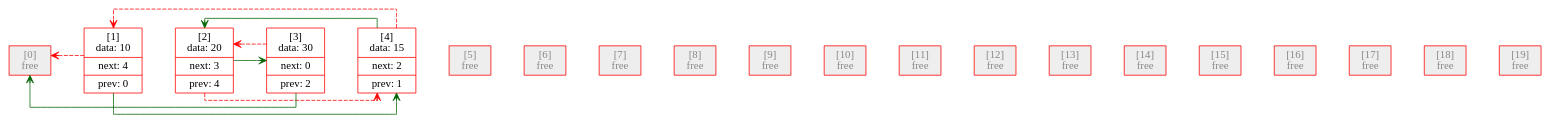
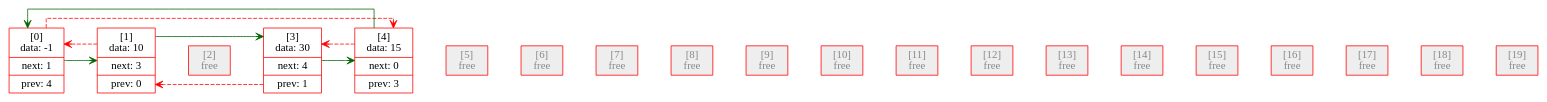
Before and after one commit to ansonchol/LIST_GRAPHVIZ: the diagram in graph.dot, drawn with Graphviz. The commit also changed 9 other files, not shown here.

```diff
--- a/graph.dot
+++ b/graph.dot
@@ -1,55 +1,55 @@
 digraph {
    rankdir = LR;
    splines = ortho;
    nodesep = 0.400000;
    ranksep = 0.600000;
    node [color="red", fontsize=14, shape=record];
    edge [color="darkgreen", arrowhead="vee", arrowsize = 1.0];
-   element0 [label="[0]\nfree", style=filled, fillcolor="#eeeeee", fontcolor="#888888"];
-   element1 [label="[1]\ndata: 10 | next: 4 | prev: 0"];
-   element2 [label="[2]\ndata: 20 | next: 3 | prev: 4"];
-   element3 [label="[3]\ndata: 30 | next: 0 | prev: 2"];
-   element4 [label="[4]\ndata: 15 | next: 2 | prev: 1"];
+   element0 [label="[0]\ndata: -1 | next: 1 | prev: 4"];
+   element1 [label="[1]\ndata: 10 | next: 3 | prev: 0"];
+   element2 [label="[2]\nfree", style=filled, fillcolor="#eeeeee", fontcolor="#888888"];
+   element3 [label="[3]\ndata: 30 | next: 4 | prev: 1"];
+   element4 [label="[4]\ndata: 15 | next: 0 | prev: 3"];
    element5 [label="[5]\nfree", style=filled, fillcolor="#eeeeee", fontcolor="#888888"];
    element6 [label="[6]\nfree", style=filled, fillcolor="#eeeeee", fontcolor="#888888"];
    element7 [label="[7]\nfree", style=filled, fillcolor="#eeeeee", fontcolor="#888888"];
    element8 [label="[8]\nfree", style=filled, fillcolor="#eeeeee", fontcolor="#888888"];
    element9 [label="[9]\nfree", style=filled, fillcolor="#eeeeee", fontcolor="#888888"];
    element10 [label="[10]\nfree", style=filled, fillcolor="#eeeeee", fontcolor="#888888"];
    element11 [label="[11]\nfree", style=filled, fillcolor="#eeeeee", fontcolor="#888888"];
    element12 [label="[12]\nfree", style=filled, fillcolor="#eeeeee", fontcolor="#888888"];
    element13 [label="[13]\nfree", style=filled, fillcolor="#eeeeee", fontcolor="#888888"];
    element14 [label="[14]\nfree", style=filled, fillcolor="#eeeeee", fontcolor="#888888"];
    element15 [label="[15]\nfree", style=filled, fillcolor="#eeeeee", fontcolor="#888888"];
    element16 [label="[16]\nfree", style=filled, fillcolor="#eeeeee", fontcolor="#888888"];
    element17 [label="[17]\nfree", style=filled, fillcolor="#eeeeee", fontcolor="#888888"];
    element18 [label="[18]\nfree", style=filled, fillcolor="#eeeeee", fontcolor="#888888"];
    element19 [label="[19]\nfree", style=filled, fillcolor="#eeeeee", fontcolor="#888888"];
    element0 -> element1 [style=invis];
    element1 -> element2 [style=invis];
    element2 -> element3 [style=invis];
    element3 -> element4 [style=invis];
    element4 -> element5 [style=invis];
    element5 -> element6 [style=invis];
    element6 -> element7 [style=invis];
    element7 -> element8 [style=invis];
    element8 -> element9 [style=invis];
    element9 -> element10 [style=invis];
    element10 -> element11 [style=invis];
    element11 -> element12 [style=invis];
    element12 -> element13 [style=invis];
    element13 -> element14 [style=invis];
    element14 -> element15 [style=invis];
    element15 -> element16 [style=invis];
    element16 -> element17 [style=invis];
    element17 -> element18 [style=invis];
    element18 -> element19 [style=invis];
-   element1 -> element4 [color="darkgreen", constraint=false];
+   element0 -> element1 [color="darkgreen", constraint=false];
+   element0 -> element4 [color="red", style=dashed, constraint=false, dir=forward];
+   element1 -> element3 [color="darkgreen", constraint=false];
    element1 -> element0 [color="red", style=dashed, constraint=false, dir=forward];
-   element2 -> element3 [color="darkgreen", constraint=false];
-   element2 -> element4 [color="red", style=dashed, constraint=false, dir=forward];
-   element3 -> element0 [color="darkgreen", constraint=false];
-   element3 -> element2 [color="red", style=dashed, constraint=false, dir=forward];
-   element4 -> element2 [color="darkgreen", constraint=false];
-   element4 -> element1 [color="red", style=dashed, constraint=false, dir=forward];
+   element3 -> element4 [color="darkgreen", constraint=false];
+   element3 -> element1 [color="red", style=dashed, constraint=false, dir=forward];
+   element4 -> element0 [color="darkgreen", constraint=false];
+   element4 -> element3 [color="red", style=dashed, constraint=false, dir=forward];
 }
```
